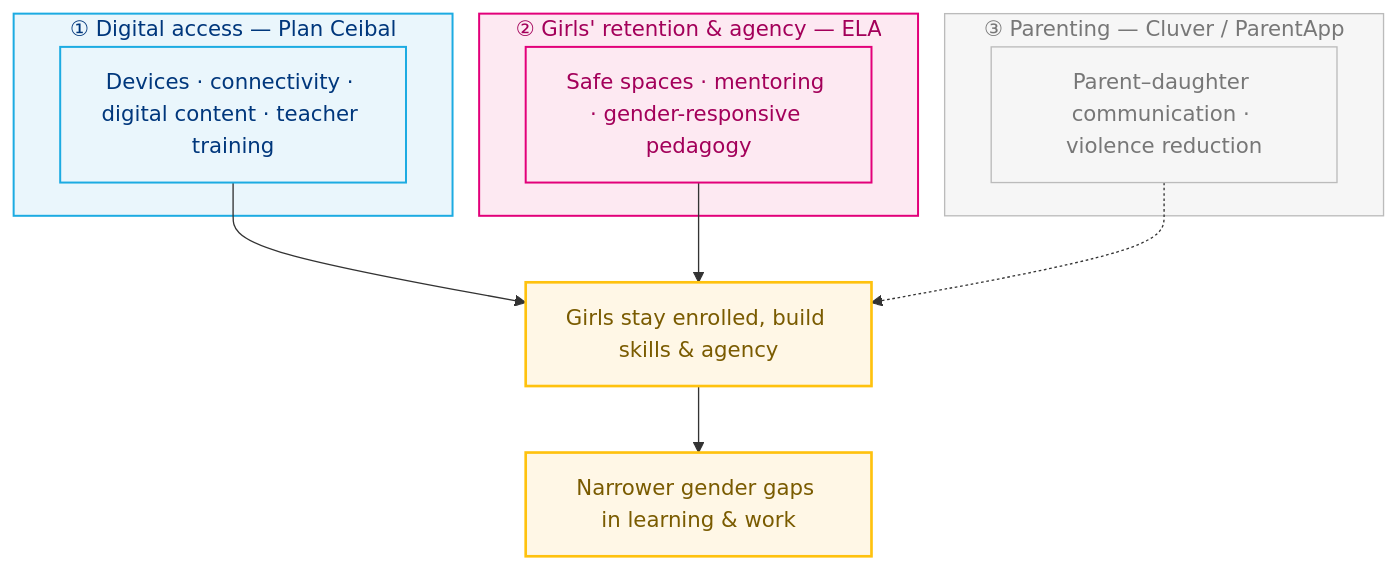
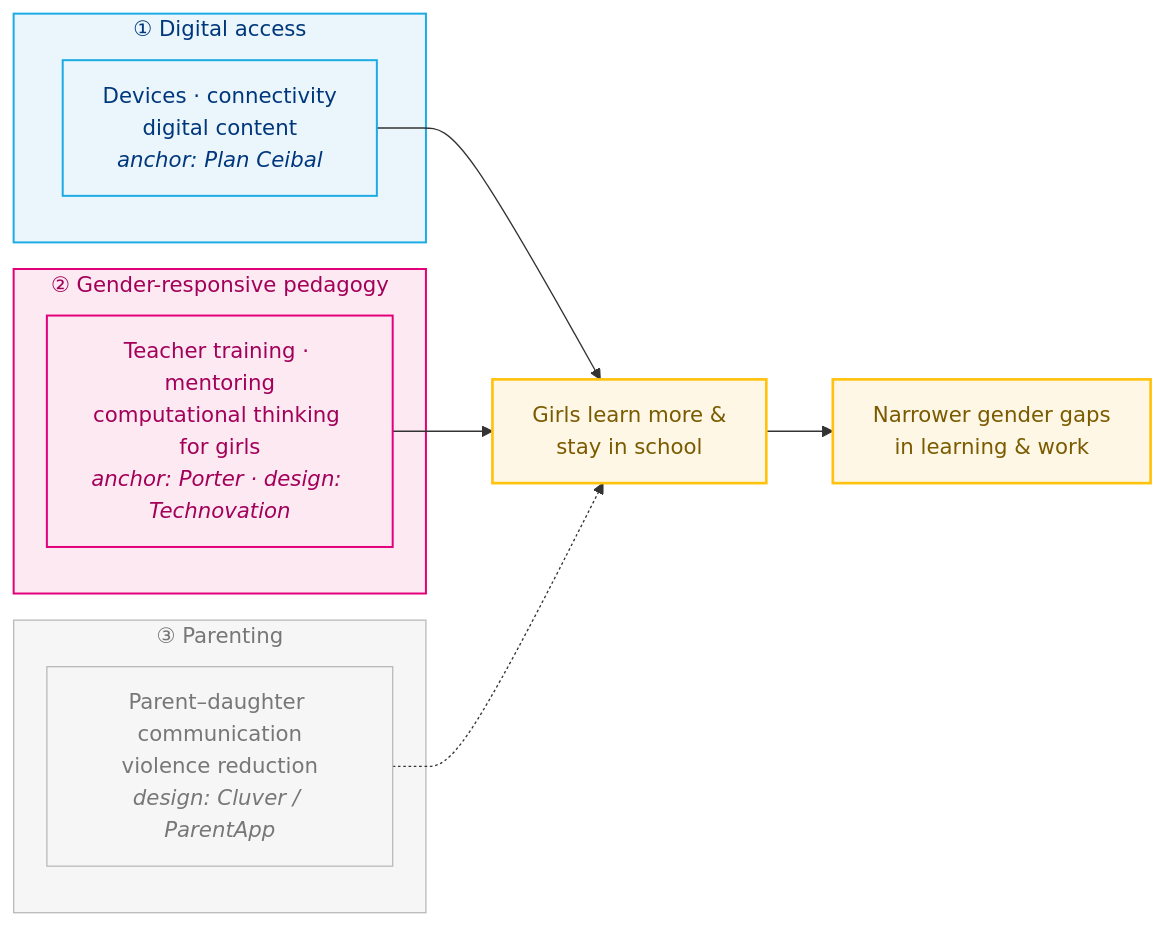
Before and after one commit to hgrueso/bolivia-aula-conectada: the first of 2 diagrams in code/06_slides_en.qmd, drawn with Mermaid. The commit also changed other lines of this file and 3 other files, not shown here.

Commit message:
Keep Porter anchor (Mexico not gender-focused); add Mexico d=0.26 corroboration; ToC horizontal + ELA removed; bigger CE tables

````diff
--- a/code/06_slides_en.qmd
+++ b/code/06_slides_en.qmd
@@ -326,27 +326,27 @@
 ```{mermaid}
-%%| fig-width: 11
-flowchart TB
-    subgraph A["① Digital access — Plan Ceibal"]
-        A1["Devices · connectivity · digital content · teacher training"]
+%%| fig-width: 13
+flowchart LR
+    subgraph A["① Digital access"]
+        A1["Devices · connectivity<br/>digital content<br/><i>anchor: Plan Ceibal</i>"]
     end
-    subgraph B["② Girls' retention & agency — ELA"]
-        B1["Safe spaces · mentoring · gender-responsive pedagogy"]
+    subgraph B["② Gender-responsive pedagogy"]
+        B1["Teacher training · mentoring<br/>computational thinking for girls<br/><i>anchor: Porter · design: Technovation</i>"]
     end
-    subgraph C["③ Parenting — Cluver / ParentApp"]
-        C1["Parent–daughter communication · violence reduction"]
+    subgraph C["③ Parenting"]
+        C1["Parent–daughter communication<br/>violence reduction<br/><i>design: Cluver / ParentApp</i>"]
     end
 
-    A1 --> R["Girls stay enrolled, build skills & agency"]
+    A1 --> R["Girls learn more &<br/>stay in school"]
     B1 --> R
     C1 -.-> R
-    R --> I["Narrower gender gaps in learning & work"]
+    R --> I["Narrower gender gaps<br/>in learning & work"]
 
     class A,A1 layerA
     class B,B1 layerB
     class C,C1 layerC
     class R,I outcome
     classDef layerA fill:#eaf6fc,stroke:#1CABE2,stroke-width:1.5px,color:#00377C
     classDef layerB fill:#fde9f2,stroke:#E2007A,stroke-width:1.5px,color:#a3005a
     classDef layerC fill:#f6f6f6,stroke:#bbbbbb,stroke-width:1px,color:#777777
     classDef outcome fill:#fff7e6,stroke:#FFC20E,stroke-width:2px,color:#7a5b00
 ```
````
